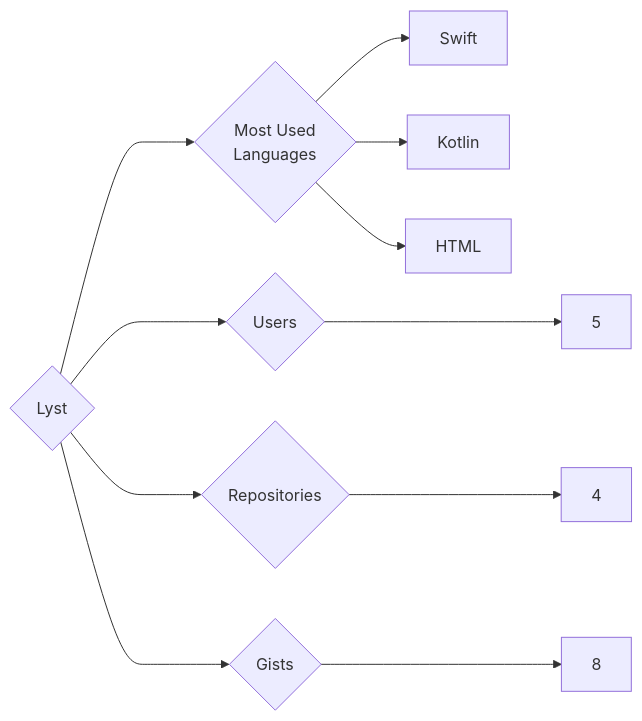
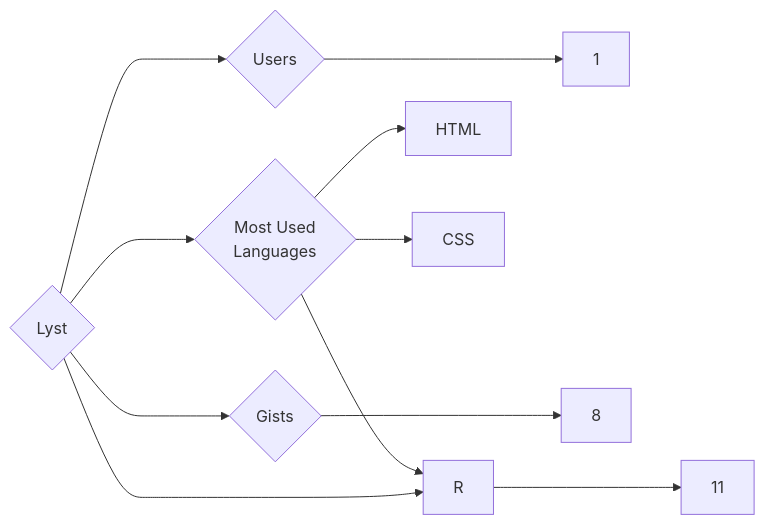
One commit to trickest/insiders changed the diagram in targets/Lyst/README.md. Above: the diagram before and after it, drawn with Mermaid. The commit also changed 815 other files, not shown here.

````diff
--- a/targets/Lyst/README.md
+++ b/targets/Lyst/README.md
@@ -3,11 +3,11 @@
 ```mermaid
 graph LR
 COMPANY_NAME{Lyst}
-COMPANY_NAME ---> U{Users} ---> UN[5]
-COMPANY_NAME ---> R{Repositories} ---> RN[4]
+COMPANY_NAME ---> U{Users} ---> UN[1]
+COMPANY_NAME ---> R{Repositories} ---> RN[11]
 COMPANY_NAME ---> G{Gists} ---> GN[8]
 COMPANY_NAME ---> ML{Most Used<br>Languages}
-ML --> Swift[Swift]
-ML --> Kotlin[Kotlin]
 ML --> HTML[HTML]
+ML --> R[R]
+ML --> CSS[CSS]
 ```
````
